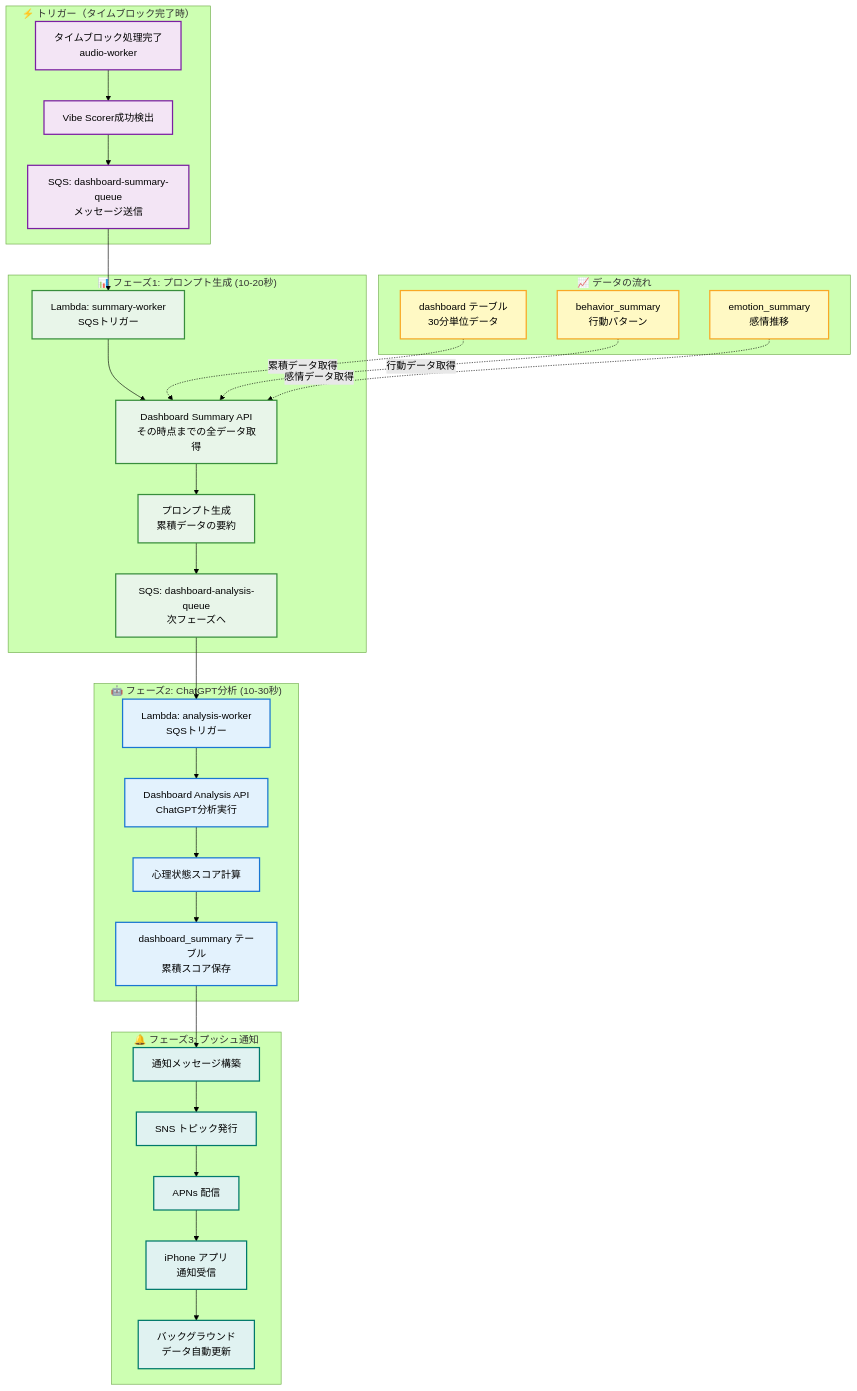
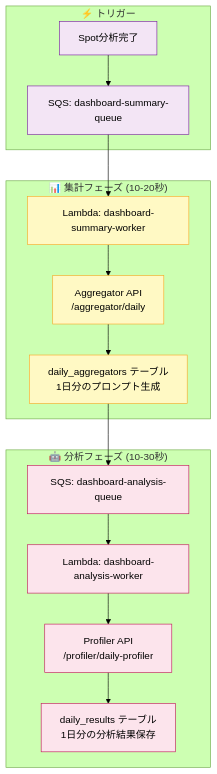
Before and after one commit to hey-watchme/server-configs: the second of 2 diagrams in docs/PROCESSING_ARCHITECTURE.md, drawn with Mermaid (forest theme). The commit also changed other lines of this file and 2 other files, not shown here.

First line of the commit message:
docs: update documentation to reflect Daily analysis completion

````diff
--- a/docs/PROCESSING_ARCHITECTURE.md
+++ b/docs/PROCESSING_ARCHITECTURE.md
@@ -279,67 +139,30 @@
 ```mermaid
 graph TB
-    subgraph TriggerPhase["⚡ トリガー（タイムブロック完了時）"]
-        A[タイムブロック処理完了<br/>audio-worker]
-        B[Vibe Scorer成功検出]
-        C[SQS: dashboard-summary-queue<br/>メッセージ送信]
+    subgraph Trigger["⚡ トリガー"]
+        A[Spot分析完了]
+        B[SQS: dashboard-summary-queue]
     end
 
-    subgraph Phase1["📊 フェーズ1: プロンプト生成 (10-20秒)"]
-        D[Lambda: summary-worker<br/>SQSトリガー]
-        E[Dashboard Summary API<br/>その時点までの全データ取得]
-        F[プロンプト生成<br/>累積データの要約]
-        G[SQS: dashboard-analysis-queue<br/>次フェーズへ]
+    subgraph Summary["📊 集計フェーズ (10-20秒)"]
+        C[Lambda: dashboard-summary-worker]
+        D[Aggregator API<br/>/aggregator/daily]
+        E[daily_aggregators テーブル<br/>1日分のプロンプト生成]
     end
 
-    subgraph Phase2["🤖 フェーズ2: ChatGPT分析 (10-30秒)"]
-        H[Lambda: analysis-worker<br/>SQSトリガー]
-        I[Dashboard Analysis API<br/>ChatGPT分析実行]
-        J[心理状態スコア計算]
-        K[dashboard_summary テーブル<br/>累積スコア保存]
+    subgraph Analysis["🤖 分析フェーズ (10-30秒)"]
+        F[SQS: dashboard-analysis-queue]
+        G[Lambda: dashboard-analysis-worker]
+        H[Profiler API<br/>/profiler/daily-profiler]
+        I[daily_results テーブル<br/>1日分の分析結果保存]
     end
 
-    subgraph NotificationPhase["🔔 フェーズ3: プッシュ通知"]
-        L[通知メッセージ構築]
-        M[SNS トピック発行]
-        N[APNs 配信]
-        O[iPhone アプリ<br/>通知受信]
-        P[バックグラウンド<br/>データ自動更新]
-    end
+    A --> B --> C --> D --> E --> F --> G --> H --> I
 
-    subgraph DataFlow["📈 データの流れ"]
-        Q[dashboard テーブル<br/>30分単位データ]
-        R[behavior_summary<br/>行動パターン]
-        S[emotion_summary<br/>感情推移]
-    end
+    classDef triggerStyle fill:#f3e5f5,stroke:#7b1fa2
+    classDef summaryStyle fill:#fff9c4,stroke:#f9a825
+    classDef analysisStyle fill:#fce4ec,stroke:#c2185b
 
-    %% トリガーフロー
-    A --> B --> C
-
-    %% フェーズ1
-    C --> D --> E
-    E --> F --> G
-
-    %% フェーズ2
-    G --> H --> I
-    I --> J --> K
-
-    %% 通知フロー
-    K --> L --> M --> N --> O --> P
-
-    %% データ取得
-    Q -.->|累積データ取得| E
-    R -.->|行動データ取得| E
-    S -.->|感情データ取得| E
-
-    classDef triggerStyle fill:#f3e5f5,stroke:#7b1fa2,stroke-width:2px
-    classDef phase1Style fill:#e8f5e9,stroke:#388e3c,stroke-width:2px
-    classDef phase2Style fill:#e3f2fd,stroke:#1976d2,stroke-width:2px
-    classDef notificationStyle fill:#e0f2f1,stroke:#00796b,stroke-width:2px
-    classDef dataStyle fill:#fff9c4,stroke:#f9a825,stroke-width:2px
-
-    class A,B,C triggerStyle
-    class D,E,F,G phase1Style
-    class H,I,J,K phase2Style
-    class L,M,N,O,P notificationStyle
-    class Q,R,S dataStyle
+    class A,B triggerStyle
+    class C,D,E summaryStyle
+    class F,G,H,I analysisStyle
 ```
````
